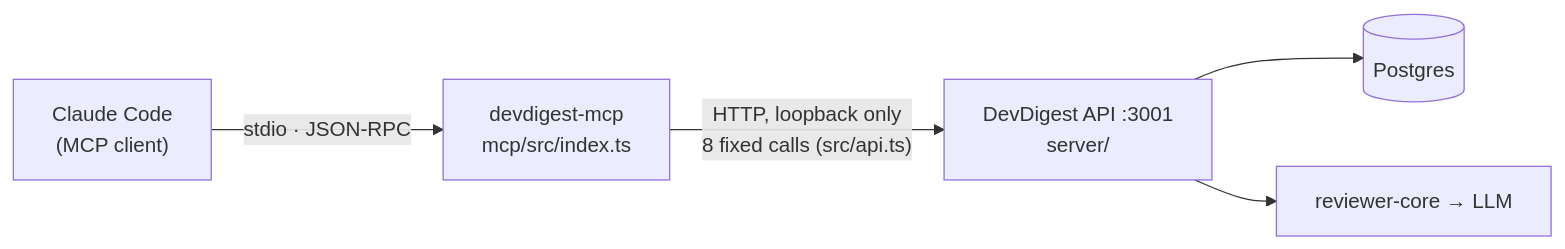
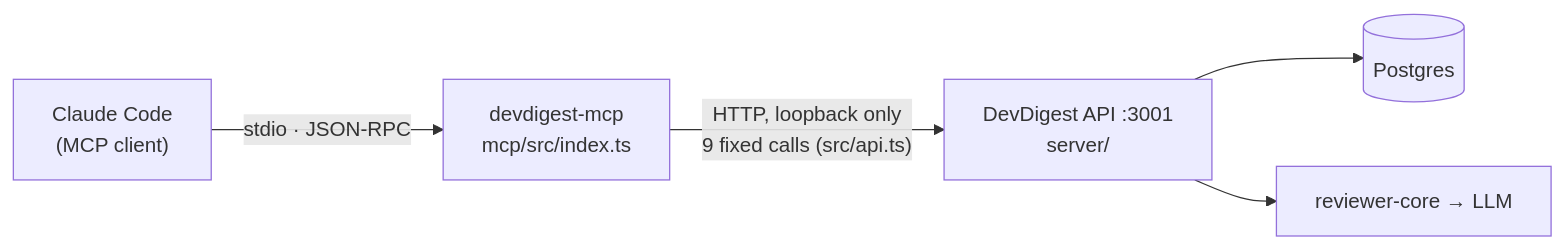
One commit to podop/dev-digest changed the diagram in mcp/README.md. Above: the diagram before and after it, drawn with Mermaid. The commit also changed other lines of this file and 74 other files, not shown here.

````diff
--- a/mcp/README.md
+++ b/mcp/README.md
@@ -12,7 +12,7 @@
 ```mermaid
 flowchart LR
   CC["Claude Code<br/>(MCP client)"] -- "stdio · JSON-RPC" --> MCP["devdigest-mcp<br/>mcp/src/index.ts"]
-  MCP -- "HTTP, loopback only<br/>8 fixed calls (src/api.ts)" --> API["DevDigest API :3001<br/>server/"]
+  MCP -- "HTTP, loopback only<br/>9 fixed calls (src/api.ts)" --> API["DevDigest API :3001<br/>server/"]
   API --> PG[("Postgres")]
   API --> ENGINE["reviewer-core → LLM"]
 ```
````
